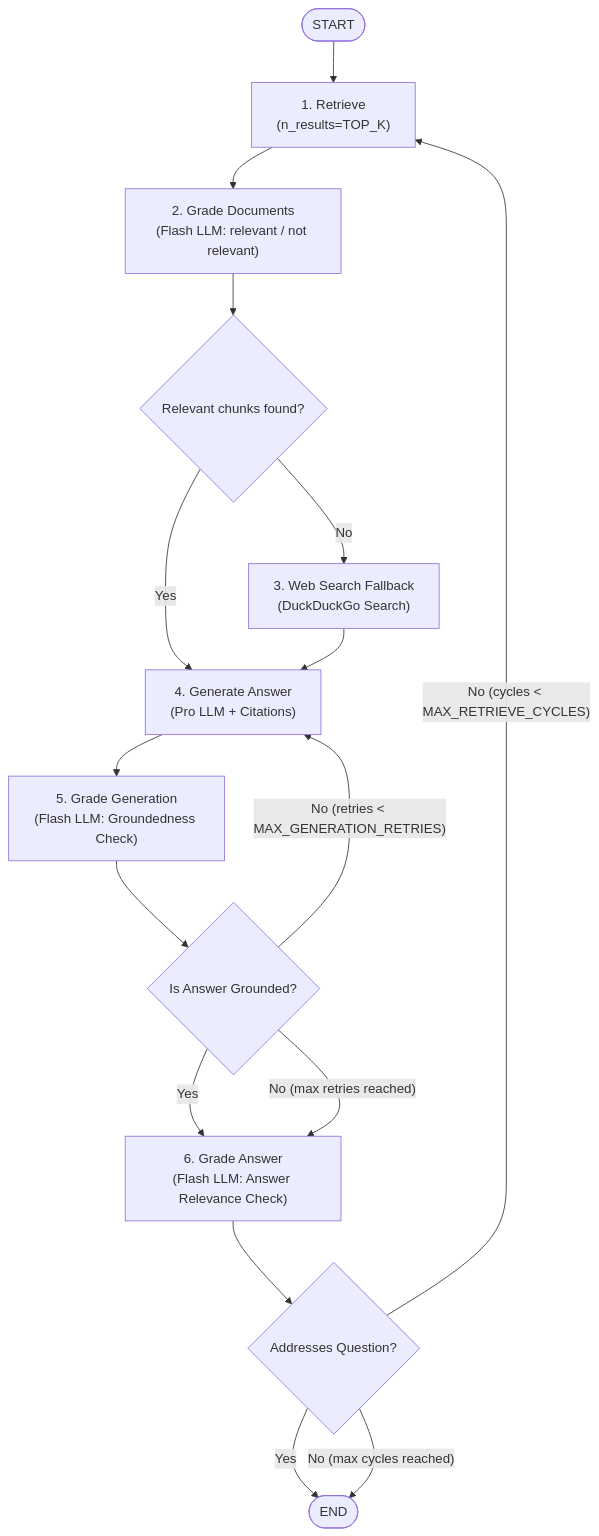
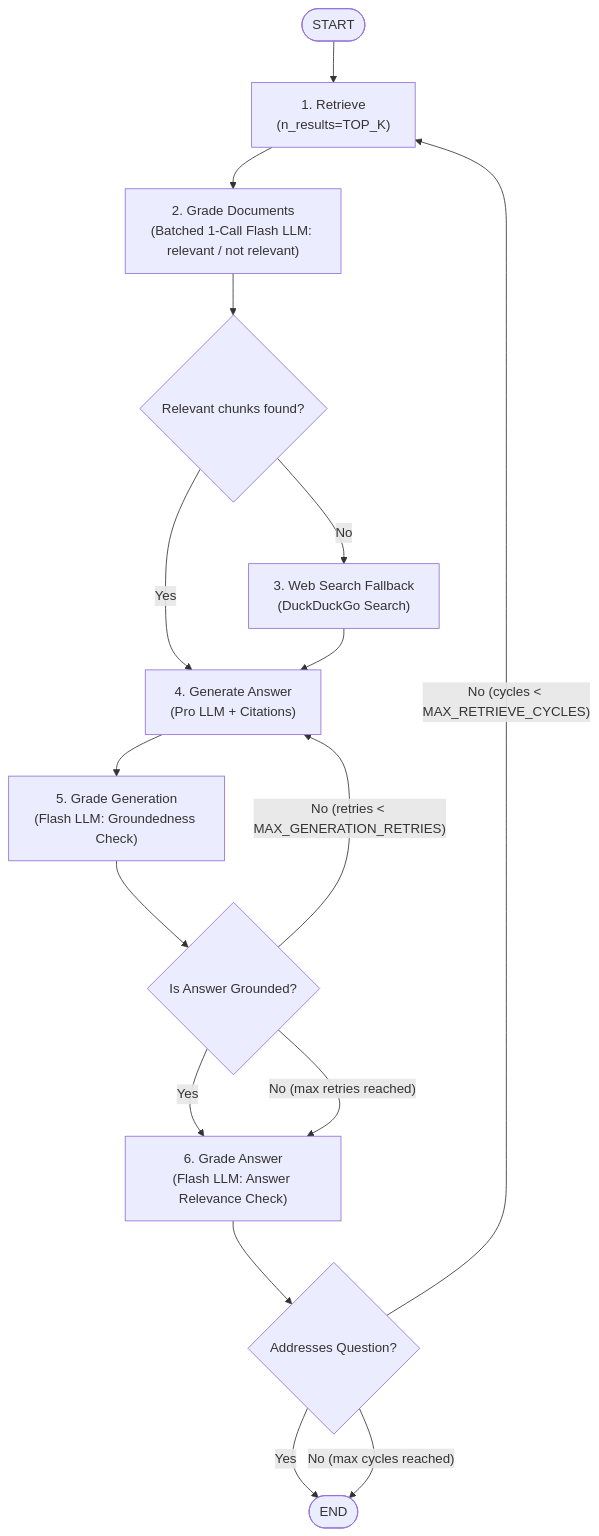
Before and after one commit to shanujya/academic-rag-agent: the second of 3 diagrams in architecture.md, drawn with Mermaid. The commit also changed other lines of this file, not shown here.

Commit message:
update architecture file

````diff
--- a/architecture.md
+++ b/architecture.md
@@ -65,22 +77,22 @@
 ```mermaid
 flowchart TD
     START([START]) --> retrieve["1. Retrieve\n(n_results=TOP_K)"]
-    retrieve --> grade_documents["2. Grade Documents\n(Flash LLM: relevant / not relevant)"]
+    retrieve --> grade_documents["2. Grade Documents\n(Batched 1-Call Flash LLM: relevant / not relevant)"]
     
     grade_documents --> CondDoc{Relevant chunks found?}
     CondDoc -- Yes --> generate["4. Generate Answer\n(Pro LLM + Citations)"]
     CondDoc -- No --> web_search["3. Web Search Fallback\n(DuckDuckGo Search)"]
     web_search --> generate
     
     generate --> grade_generation["5. Grade Generation\n(Flash LLM: Groundedness Check)"]
     
     grade_generation --> CondGen{Is Answer Grounded?}
     CondGen -- Yes --> grade_answer["6. Grade Answer\n(Flash LLM: Answer Relevance Check)"]
     CondGen -- No (retries < MAX_GENERATION_RETRIES) --> generate
     CondGen -- No (max retries reached) --> grade_answer
     
     grade_answer --> CondAns{Addresses Question?}
     CondAns -- Yes --> END([END])
     CondAns -- No (cycles < MAX_RETRIEVE_CYCLES) --> retrieve
     CondAns -- No (max cycles reached) --> END([END])
 ```
````
